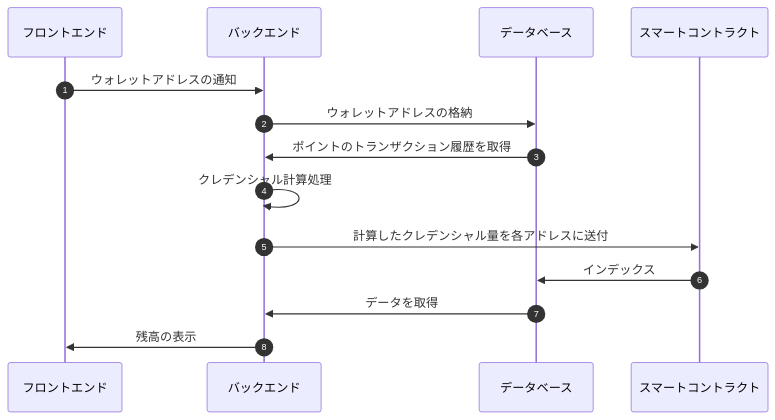
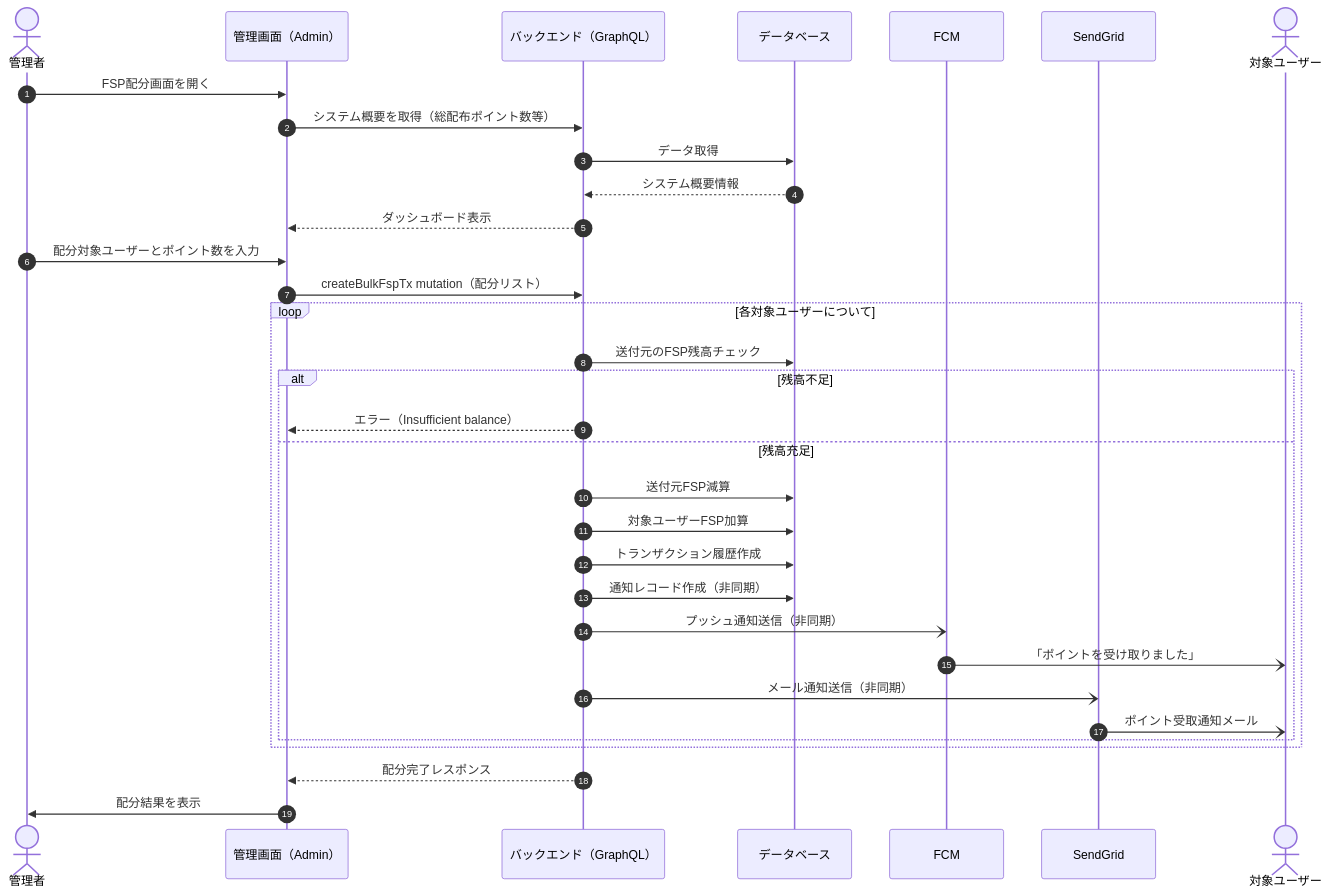
The seventh of 13 diagrams in docs/sequence-diagrams.md (sc-hosokawa/frienda), drawn with Mermaid before and after one commit. The commit also changed other lines of this file, not shown here.

First line of the commit message:
docs: ソースコードの実装に基づいてシーケンス図を全面修正

````diff
--- a/docs/sequence-diagrams.md
+++ b/docs/sequence-diagrams.md
@@ -367,18 +305,41 @@
 ```mermaid
 sequenceDiagram
     autonumber
 
-    participant フロントエンド
-    participant バックエンド
+    actor 管理者
+    participant 管理画面 as 管理画面（Admin）
+    participant バックエンド as バックエンド（GraphQL）
     participant データベース
-    participant スマートコントラクト
+    participant FCM
+    participant SendGrid
+    actor 対象ユーザー
 
-    フロントエンド->>バックエンド: ウォレットアドレスの通知
-    バックエンド->>データベース: ウォレットアドレスの格納
-    データベース->>バックエンド: ポイントのトランザクション履歴を取得
-    バックエンド->>バックエンド: クレデンシャル計算処理
-    バックエンド->>スマートコントラクト: 計算したクレデンシャル量を各アドレスに送付
-    スマートコントラクト->>データベース: インデックス
-    データベース->>バックエンド: データを取得
-    バックエンド->>フロントエンド: 残高の表示
+    管理者->>管理画面: FSP配分画面を開く
+    管理画面->>バックエンド: システム概要を取得（総配布ポイント数等）
+    バックエンド->>データベース: データ取得
+    データベース-->>バックエンド: システム概要情報
+    バックエンド-->>管理画面: ダッシュボード表示
+
+    管理者->>管理画面: 配分対象ユーザーとポイント数を入力
+    管理画面->>バックエンド: createBulkFspTx mutation（配分リスト）
+
+    loop 各対象ユーザーについて
+        バックエンド->>データベース: 送付元のFSP残高チェック
+        alt 残高不足
+            バックエンド-->>管理画面: エラー（Insufficient balance）
+        else 残高充足
+            バックエンド->>データベース: 送付元FSP減算
+            バックエンド->>データベース: 対象ユーザーFSP加算
+            バックエンド->>データベース: トランザクション履歴作成
+
+            バックエンド->>データベース: 通知レコード作成（非同期）
+            バックエンド-)FCM: プッシュ通知送信（非同期）
+            FCM-)対象ユーザー: 「ポイントを受け取りました」
+            バックエンド-)SendGrid: メール通知送信（非同期）
+            SendGrid-)対象ユーザー: ポイント受取通知メール
+        end
+    end
+
+    バックエンド-->>管理画面: 配分完了レスポンス
+    管理画面->>管理者: 配分結果を表示
 ```
````
